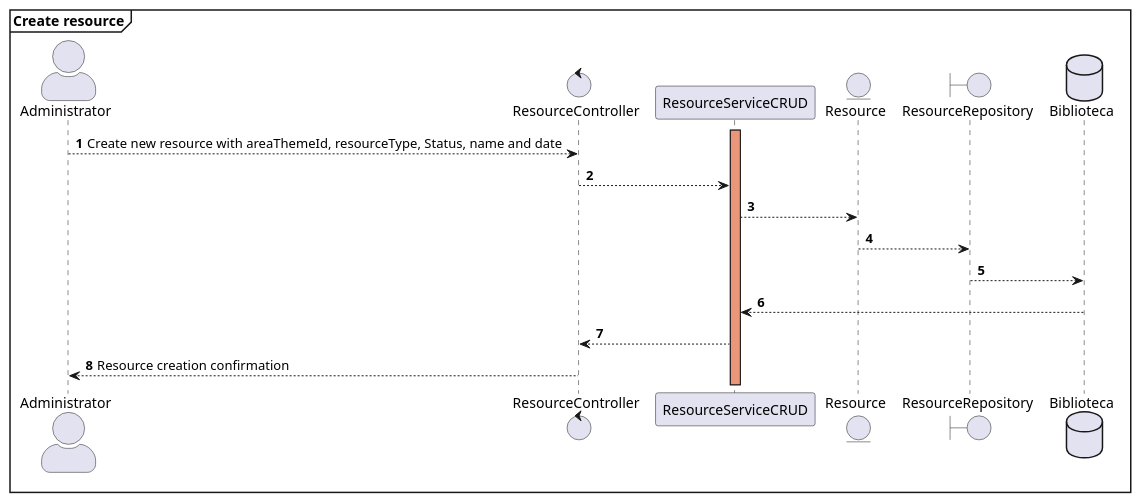
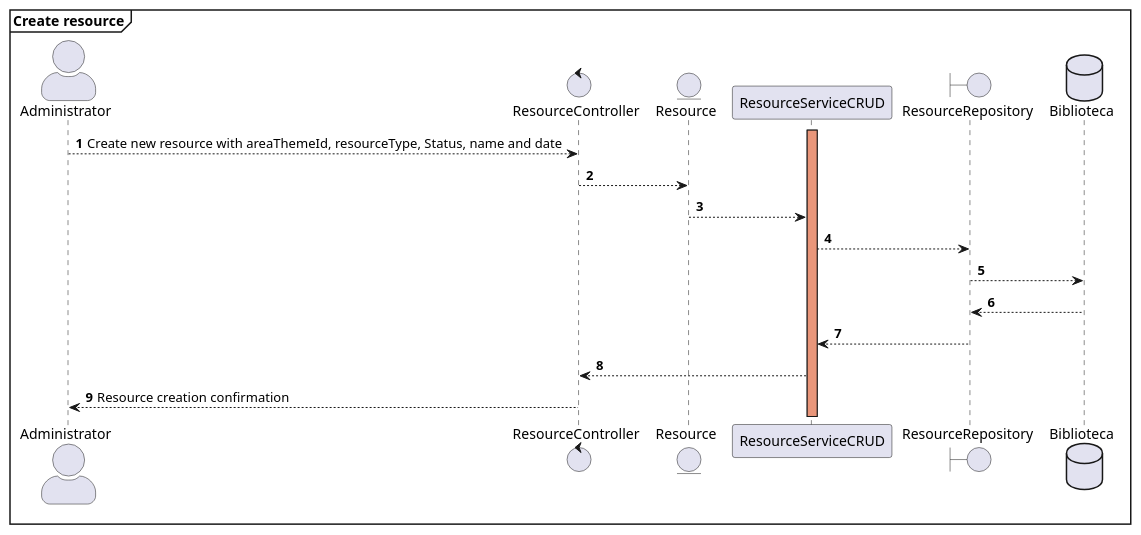
One commit to Yurday/Biblioteca-SBMongoDB changed the diagram in src/main/java/com/example/biblioteca/DiagramsUML/CreateResourceDS.puml. Above: the diagram before and after it, drawn with PlantUML. The commit also changed 1 other file, not shown here.

Commit message:
Complementación de los diagramas de secuencia

```diff
--- a/src/main/java/com/example/biblioteca/DiagramsUML/CreateResourceDS.puml
+++ b/src/main/java/com/example/biblioteca/DiagramsUML/CreateResourceDS.puml
@@ -1,25 +1,26 @@
 @startuml
 'https://plantuml.com/sequence-diagram
 
 autonumber
 skinparam actorStyle awesome
 mainframe **Create resource**
 
 actor Administrator
 control ResourceController
+entity Resource
 participant "ResourceServiceCRUD" as ResourceServiceCRUD
 activate ResourceServiceCRUD #DarkSalmon
-entity Resource
 boundary ResourceRepository
 database Biblioteca
 
 Administrator --> ResourceController: Create new resource with areaThemeId, resourceType, Status, name and date
-ResourceController-->ResourceServiceCRUD
-ResourceServiceCRUD-->Resource
-Resource-->ResourceRepository
+ResourceController --> Resource
+Resource-->ResourceServiceCRUD
+ResourceServiceCRUD-->ResourceRepository
 ResourceRepository-->Biblioteca
-Biblioteca-->ResourceServiceCRUD
+Biblioteca --> ResourceRepository
+ResourceRepository-->ResourceServiceCRUD
 ResourceServiceCRUD-->ResourceController
 Administrator <-- ResourceController: Resource creation confirmation
 
 @enduml
```
